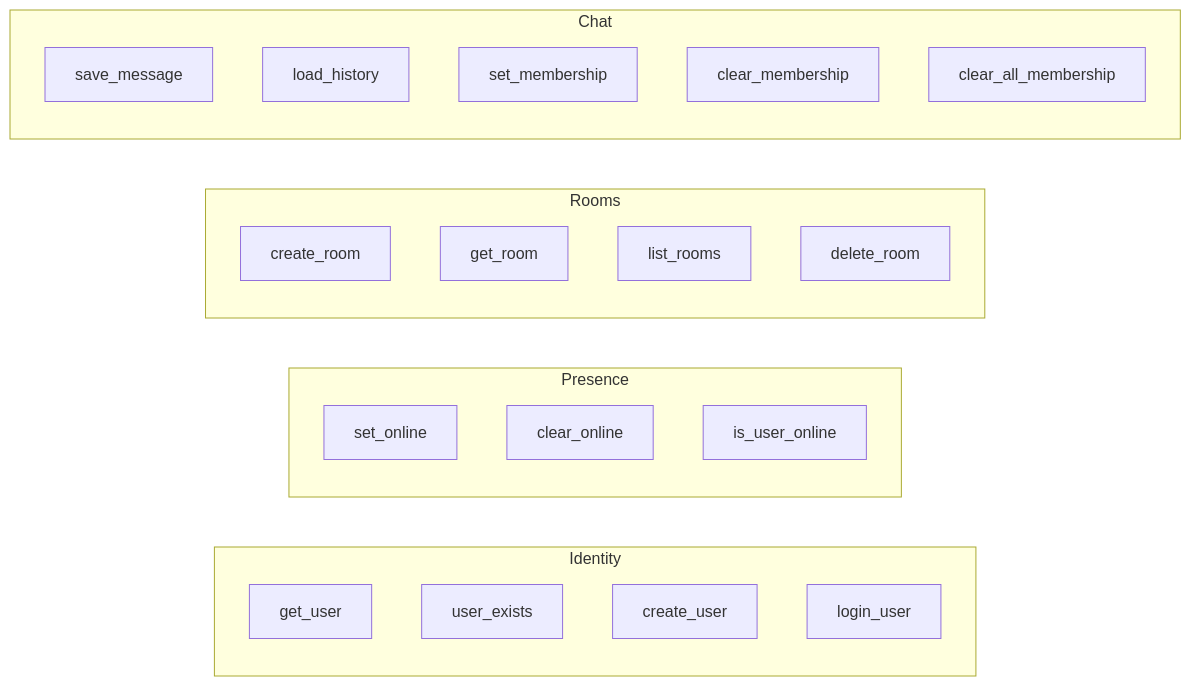
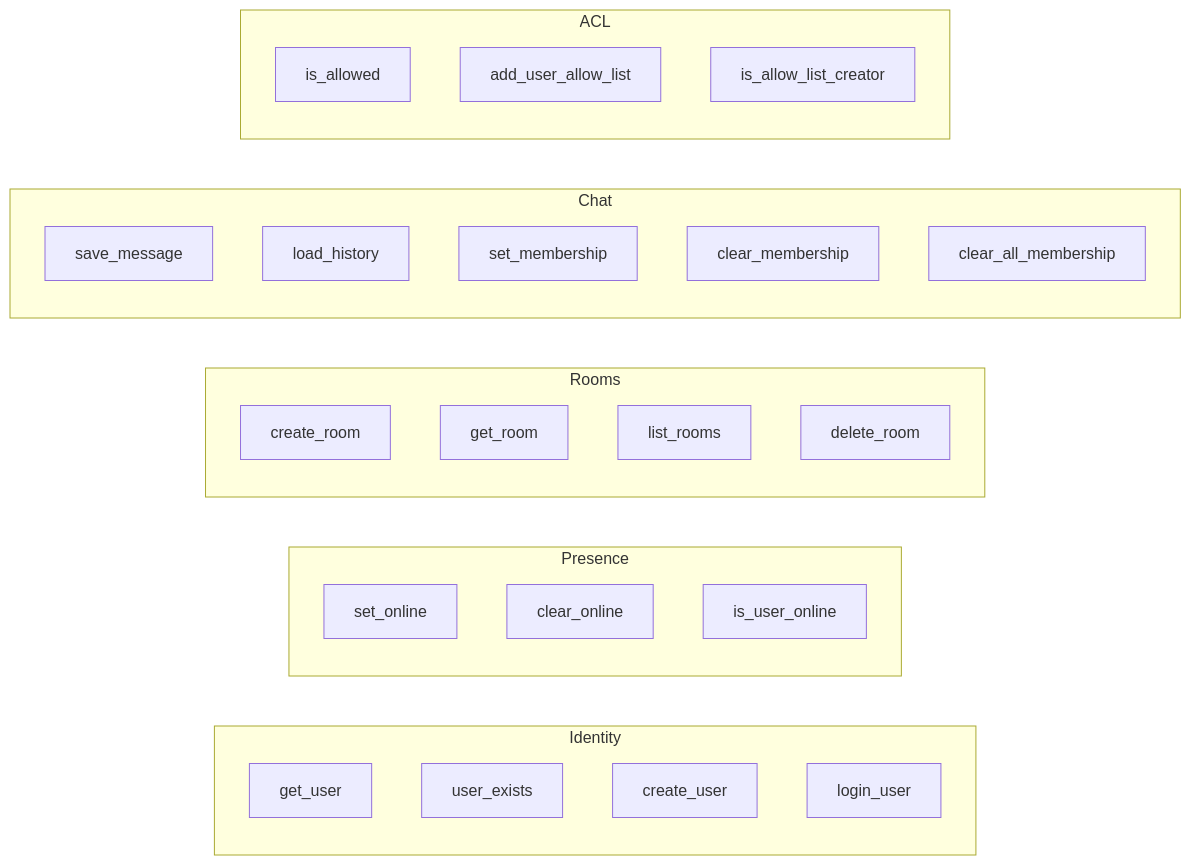
Before and after one commit to OmriSpitzer/Distributed-Chat-Server: the sixth of 9 diagrams in database.md, drawn with Mermaid. The commit also changed other lines of this file and 17 other files, not shown here.

````diff
--- a/database.md
+++ b/database.md
@@ -255,30 +281,36 @@
 ```mermaid
 flowchart LR
   subgraph Identity
     get_user
     user_exists
     create_user
     login_user
   end
 
   subgraph Presence
     set_online
     clear_online
     is_user_online
   end
 
   subgraph Rooms
     create_room
     get_room
     list_rooms
     delete_room
   end
 
   subgraph Chat
     save_message
     load_history
     set_membership
     clear_membership
     clear_all_membership
   end
+
+  subgraph ACL
+    is_allowed
+    add_user_allow_list
+    is_allow_list_creator
+  end
 ```
````
